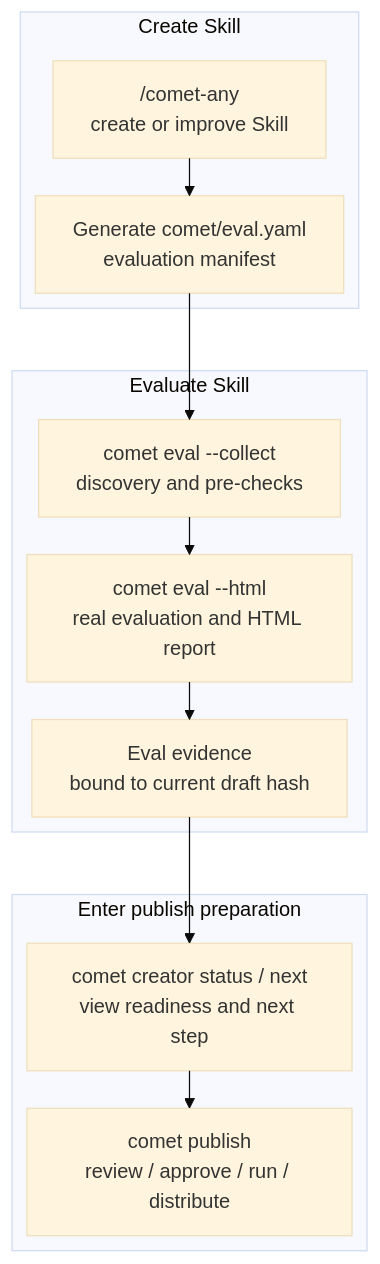
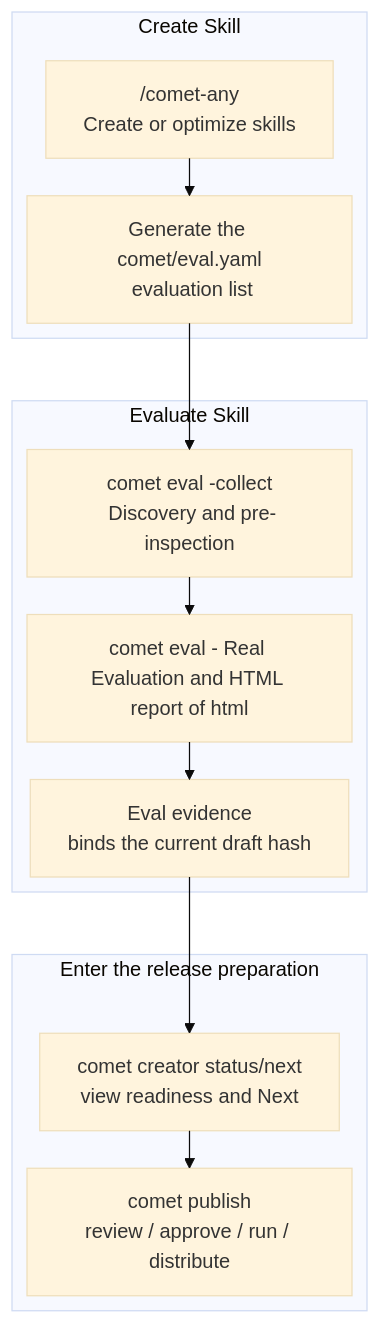
The second of 2 diagrams in en/eval/overview.mdx (rpamis/comet-website-docs), drawn with Mermaid (base theme) before and after one commit. The commit also changed other lines of this file and 158 other files, not shown here.

````diff
--- a/en/eval/overview.mdx
+++ b/en/eval/overview.mdx
@@ -242,25 +248,25 @@
 ```mermaid
 %%{init: {'flowchart': {'defaultRenderer': 'elk'}}}%%
 flowchart TB
   subgraph Create["Create Skill"]
-    A["/comet-any<br/>create or improve Skill"]
-    B["Generate comet/eval.yaml<br/>evaluation manifest"]
+    A["/comet-any<br/> Create or optimize skills"]
+    B["Generate the comet/eval.yaml<br/> evaluation list"]
     A --> B
   end
 
   subgraph Eval["Evaluate Skill"]
-    C["comet eval --collect<br/>discovery and pre-checks"]
-    D["comet eval --html<br/>real evaluation and HTML report"]
-    E["Eval evidence<br/>bound to current draft hash"]
+    C["comet eval -collect<br/> Discovery and pre-inspection"]
+    D["comet eval - Real Evaluation and HTML report of html<br/>"]
+    E["Eval evidence<br/> binds the current draft hash"]
     C --> D --> E
   end
 
-  subgraph Publish["Enter publish preparation"]
-    F["comet creator status / next<br/>view readiness and next step"]
+  subgraph Publish["Enter the release preparation"]
+    F["comet creator status/next<br/> view readiness and Next"]
     G["comet publish<br/>review / approve / run / distribute"]
     F --> G
   end
 
   B --> C
   E --> F
 ```
````
